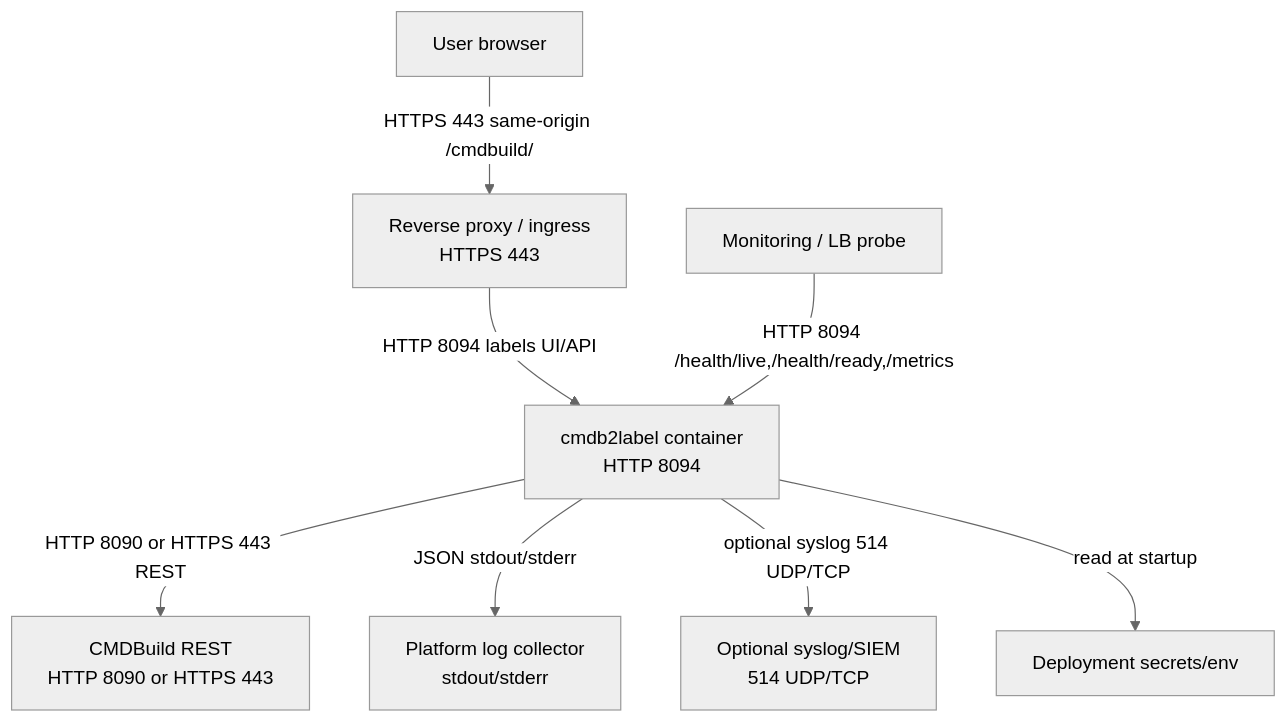
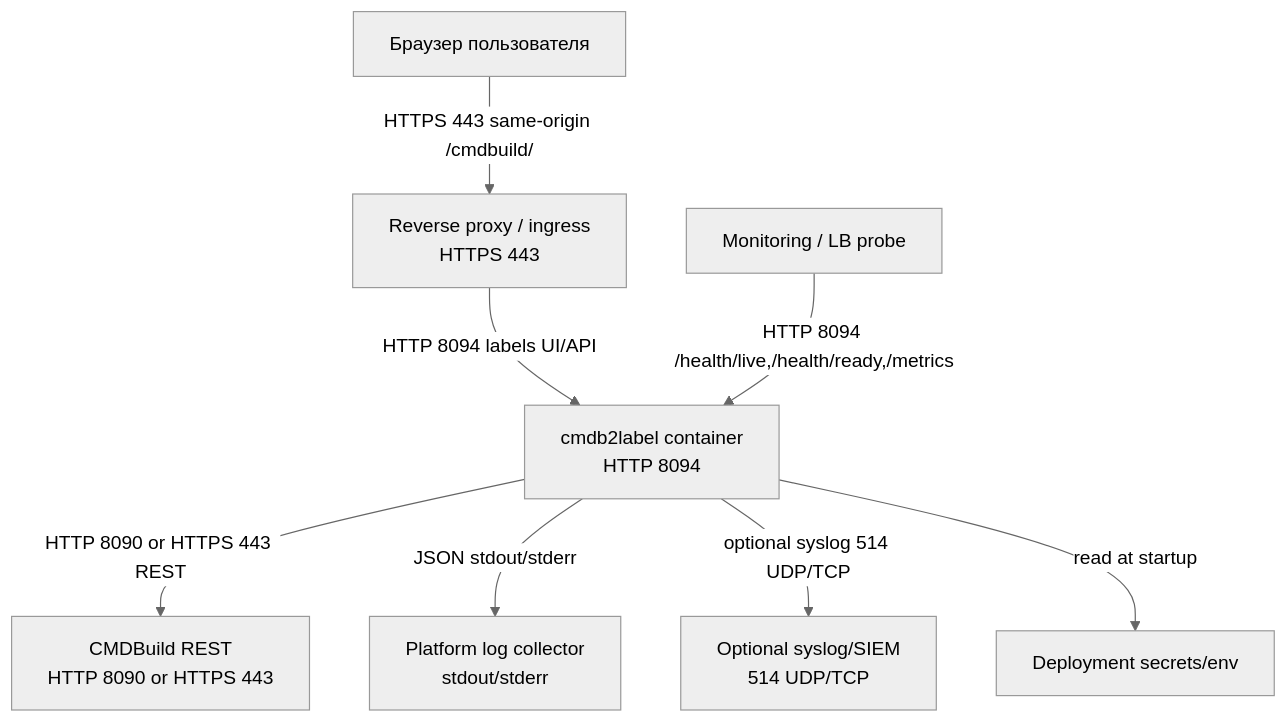
Before and after one commit to igorlyapin-max/cmdb2label: the second of 3 diagrams in aa/deployment.md, drawn with Mermaid (neutral theme). The commit also changed other lines of this file and 11 other files, not shown here.

Commit message:
docs(architecture): translate aa artifacts to russian

````diff
--- a/aa/deployment.md
+++ b/aa/deployment.md
@@ -34,19 +34,19 @@
 ```mermaid
 flowchart TB
-  User[User browser]
+  User[Браузер пользователя]
   Ingress[Reverse proxy / ingress<br/>HTTPS 443]
   App[cmdb2label container<br/>HTTP 8094]
   CMDB[CMDBuild REST<br/>HTTP 8090 or HTTPS 443]
   Mon[Monitoring / LB probe]
   LogCollector[Platform log collector<br/>stdout/stderr]
   Syslog[Optional syslog/SIEM<br/>514 UDP/TCP]
   Secret[Deployment secrets/env]
 
   User -->|HTTPS 443 same-origin /cmdbuild/| Ingress
   Ingress -->|HTTP 8094 labels UI/API| App
   App -->|HTTP 8090 or HTTPS 443 REST| CMDB
   Mon -->|HTTP 8094 /health/live,/health/ready,/metrics| App
   App -->|JSON stdout/stderr| LogCollector
   App -->|optional syslog 514 UDP/TCP| Syslog
   App -->|read at startup| Secret
 ```
````
